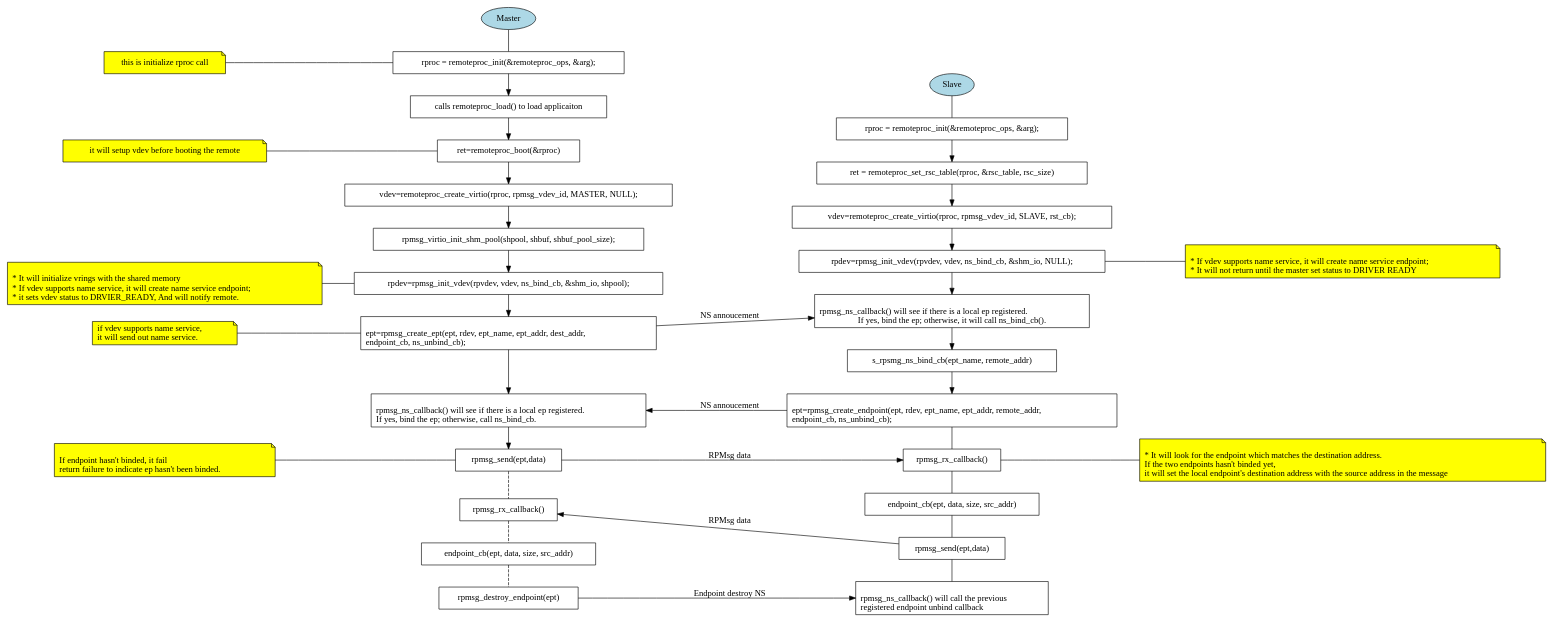
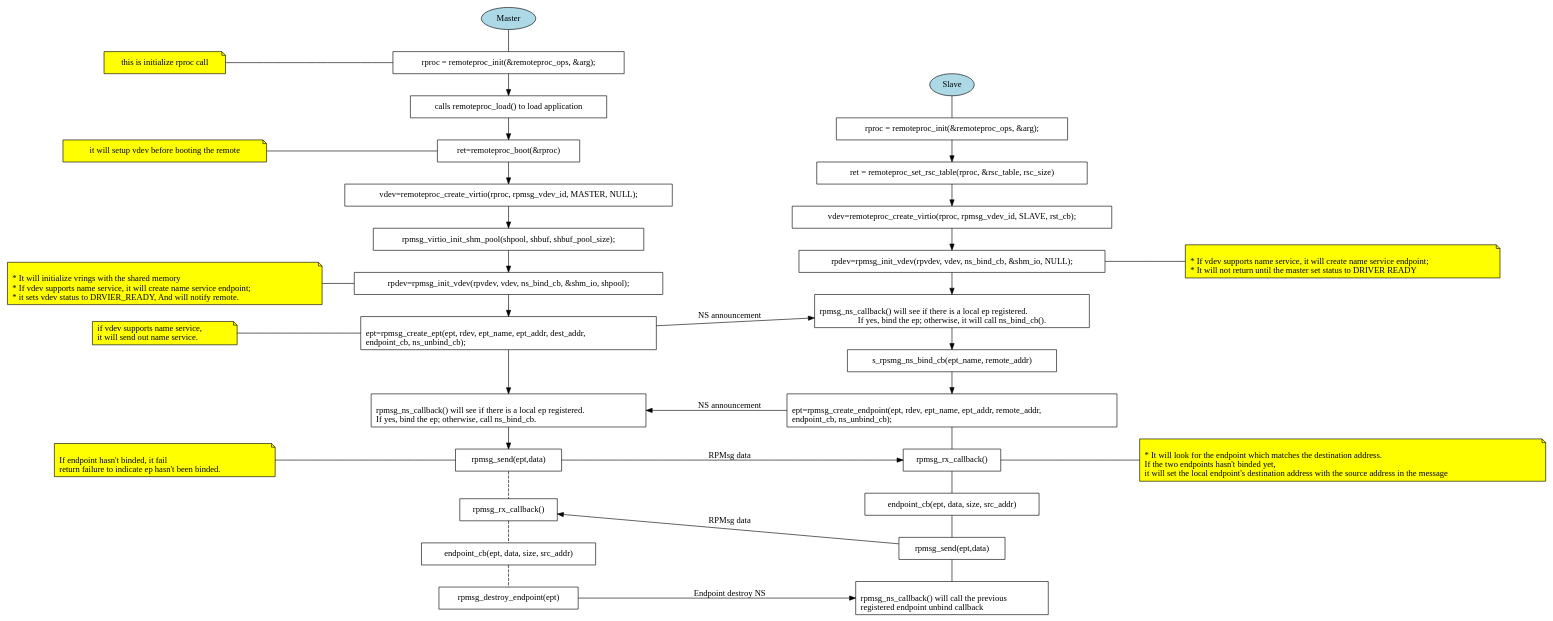
Before and after one commit to OpenAMP/open-amp: the diagram in docs/img-src/coprocessor-rpmsg-ns-dynamic.gv, drawn with Graphviz. The commit also changed 31 other files, not shown here.

```diff
--- a/docs/img-src/coprocessor-rpmsg-ns-dynamic.gv
+++ b/docs/img-src/coprocessor-rpmsg-ns-dynamic.gv
@@ -1,96 +1,96 @@
 // RPMsg dynamic endpoint creation
 
 digraph G {
   rankdir="LR";
 
   subgraph roles {
     node [style="filled", fillcolor="lightblue"];
     master [label="Master"];
     slave [label="Slave"];
   }
 
   subgraph m_comment_nodes {
     node [group=m_comment, shape="note", style="filled", fillcolor="yellow"];
     rank="same";
     m_remoteproc_init_comment [label="this is initialize rproc call"];
     m_remoteproc_boot_comment [label="it will setup vdev before booting the remote"];
     m_rpmsg_vdev_init_comment [label="\l* It will initialize vrings with the shared memory\l* If vdev supports name service, it will create name service endpoint;\l* it sets vdev status to DRVIER_READY, And will notify remote.\l"];
     m_rpmsg_create_ep_comment [label="\if vdev supports name service,\lit will send out name service.\l"];
     m_rpmsg_send_comment [label="\lIf endpoint hasn't binded, it fail\lreturn failure to indicate ep hasn't been binded.\l"];
 
   }
 
   subgraph m_flow_nodes {
     node [shape="box"];
     rank="same";
     m_remoteproc_init [label="rproc = remoteproc_init(&remoteproc_ops, &arg);"]
-    m_remoteproc_load [label="calls remoteproc_load() to load applicaiton"];
+    m_remoteproc_load [label="calls remoteproc_load() to load application"];
     m_remoteproc_boot [shape="box", label="ret=remoteproc_boot(&rproc)"];
     m_remoteproc_get_vdev [label="vdev=remoteproc_create_virtio(rproc, rpmsg_vdev_id, MASTER, NULL);"];
     m_rpmsg_shmpool_init[label="rpmsg_virtio_init_shm_pool(shpool, shbuf, shbuf_pool_size);"];
     m_rpmsg_vdev_init [label="rpdev=rpmsg_init_vdev(rpvdev, vdev, ns_bind_cb, &shm_io, shpool);"];
     m_rpmsg_ns_cb [label="\lrpmsg_ns_callback() will see if there is a local ep registered.\lIf yes, bind the ep; otherwise, call ns_bind_cb.\l"];
     m_rpmsg_create_ep [label="\lept=rpmsg_create_ept(ept, rdev, ept_name, ept_addr, dest_addr, \lendpoint_cb, ns_unbind_cb);\l"];
     m_rpmsg_send [label="rpmsg_send(ept,data)"];
     m_rpmsg_rx_cb [label="rpmsg_rx_callback()"];
     m_ep_cb [label="endpoint_cb(ept, data, size, src_addr)"];
     m_rpmsg_destroy_ep [label="rpmsg_destroy_endpoint(ept)"];
 
     m_remoteproc_init -> m_remoteproc_load -> m_remoteproc_boot -> m_remoteproc_get_vdev ->
     m_rpmsg_shmpool_init -> m_rpmsg_vdev_init -> m_rpmsg_create_ep -> m_rpmsg_ns_cb -> m_rpmsg_send;
     m_rpmsg_send -> m_rpmsg_rx_cb -> m_ep_cb ->
     m_rpmsg_destroy_ep [dir="none", style="dashed"];
   }
 
   subgraph s_flow_nodes {
     rank="same";
     node [shape="box"];
     s_remoteproc_init [label="rproc = remoteproc_init(&remoteproc_ops, &arg);"];
 
     s_remoteproc_parse_rsc [label="ret = remoteproc_set_rsc_table(rproc, &rsc_table, rsc_size)"];
     s_remoteproc_get_vdev [label="vdev=remoteproc_create_virtio(rproc, rpmsg_vdev_id, SLAVE, rst_cb);"];
     s_rpmsg_vdev_init [label="rpdev=rpmsg_init_vdev(rpvdev, vdev, ns_bind_cb, &shm_io, NULL);"];
     s_rpmsg_ns_cb [label="\lrpmsg_ns_callback() will see if there is a local ep registered.\lIf yes, bind the ep; otherwise, it will call ns_bind_cb()."];
     s_rpmsg_ns_bind_cb [label="s_rpsmg_ns_bind_cb(ept_name, remote_addr)"];
     s_rpmsg_create_ep [label="\lept=rpmsg_create_endpoint(ept, rdev, ept_name, ept_addr, remote_addr,\lendpoint_cb, ns_unbind_cb);\l"];
     s_rpmsg_send [label="rpmsg_send(ept,data)"];
     s_rpmsg_rx_cb [label="rpmsg_rx_callback()"];
     s_ep_cb [label="endpoint_cb(ept, data, size, src_addr)"];
     s_rpmsg_ns_unbind_cb [label="\lrpmsg_ns_callback() will call the previous\lregistered endpoint unbind callback\l"];
 
     s_remoteproc_init -> s_remoteproc_parse_rsc -> s_remoteproc_get_vdev ->
     s_rpmsg_vdev_init -> s_rpmsg_ns_cb -> s_rpmsg_ns_bind_cb ->
     s_rpmsg_create_ep;
     s_rpmsg_create_ep-> s_rpmsg_rx_cb -> s_ep_cb -> s_rpmsg_send ->
     s_rpmsg_ns_unbind_cb [dir="none", style="dash"];
 
   }
 
   subgraph s_comment_nodes {
     node [group=s_comment, shape="note", style="filled", fillcolor="yellow"];
     rank="same";
     s_rpmsg_vdev_init_comment [label="\l* If vdev supports name service, it will create name service endpoint;\l* It will not return until the master set status to DRIVER READY\l"];
     s_rpmsg_rx_cb_comment [label="\l* It will look for the endpoint which matches the destination address.\lIf the two endpoints hasn't binded yet,\lit will set the local endpoint's destination address with the source address in the message\l"];
   }
 
   master -> m_remoteproc_init [dir="none"];
   slave -> s_remoteproc_init [dir="none"];
-  s_rpmsg_create_ep -> m_rpmsg_ns_cb [label="NS annoucement"];
-  m_rpmsg_create_ep -> s_rpmsg_ns_cb [label="NS annoucement"];
+  s_rpmsg_create_ep -> m_rpmsg_ns_cb [label="NS announcement"];
+  m_rpmsg_create_ep -> s_rpmsg_ns_cb [label="NS announcement"];
   m_rpmsg_send -> s_rpmsg_rx_cb [label="RPMsg data"];
   s_rpmsg_send -> m_rpmsg_rx_cb [label="RPMsg data"];
   m_rpmsg_destroy_ep -> s_rpmsg_ns_unbind_cb [label="Endpoint destroy NS"];
 
   m_remoteproc_init_comment -> m_remoteproc_init [dir="none"];
   m_remoteproc_boot_comment -> m_remoteproc_boot [dir="none"];
   m_rpmsg_vdev_init_comment -> m_rpmsg_vdev_init [dir="none"];
   m_rpmsg_create_ep_comment -> m_rpmsg_create_ep [dir="none"];
   m_rpmsg_send_comment -> m_rpmsg_send [dir="none"];
 
   s_rpmsg_vdev_init -> s_rpmsg_vdev_init_comment [dir="none"];
   s_rpmsg_rx_cb -> s_rpmsg_rx_cb_comment [dir="none"];
 
   {rank=same; master; m_remoteproc_init}
   {rank=same; slave; s_remoteproc_init}
 
 }
```
